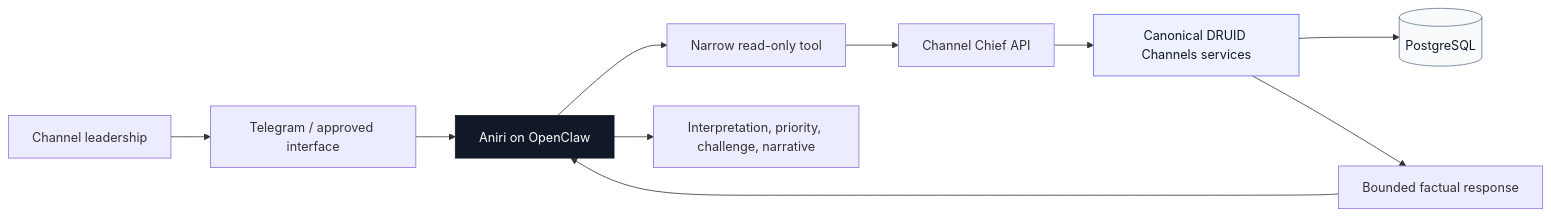
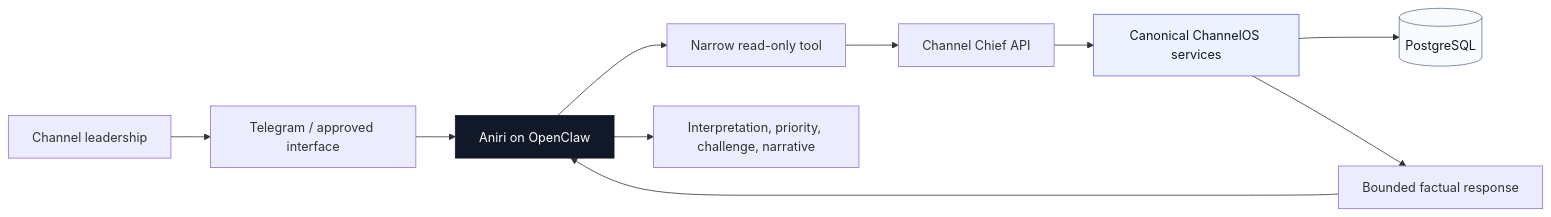
One commit to MLupu88/druid-channels changed the first of 3 diagrams in README.md. Above: the diagram before and after it, drawn with Mermaid. The commit also changed other lines of this file, not shown here.

Commit message:
docs: rebalance ChannelOS portfolio story

````diff
--- a/README.md
+++ b/README.md
@@ -539,16 +551,16 @@
 ```mermaid
 flowchart LR
     L["Channel leadership"] --> T["Telegram / approved interface"]
     T --> O["Aniri on OpenClaw"]
     O --> TOOL["Narrow read-only tool"]
     TOOL --> API["Channel Chief API"]
-    API --> SERVICES["Canonical DRUID Channels services"]
+    API --> SERVICES["Canonical ChannelOS services"]
     SERVICES --> DB[("PostgreSQL")]
     SERVICES --> FACTS["Bounded factual response"]
     FACTS --> O
     O --> ANSWER["Interpretation, priority, challenge, narrative"]
 
     style O fill:#111827,color:#ffffff,stroke:#111827
     style SERVICES fill:#eef2ff,color:#111827,stroke:#6366f1
     style DB fill:#f8fafc,color:#111827,stroke:#64748b
 ```
````
